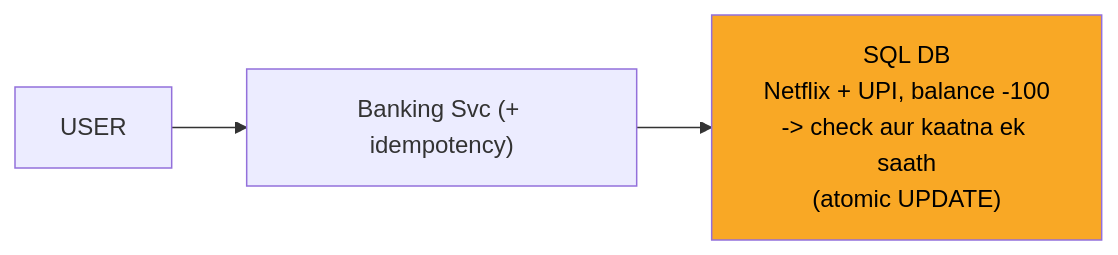
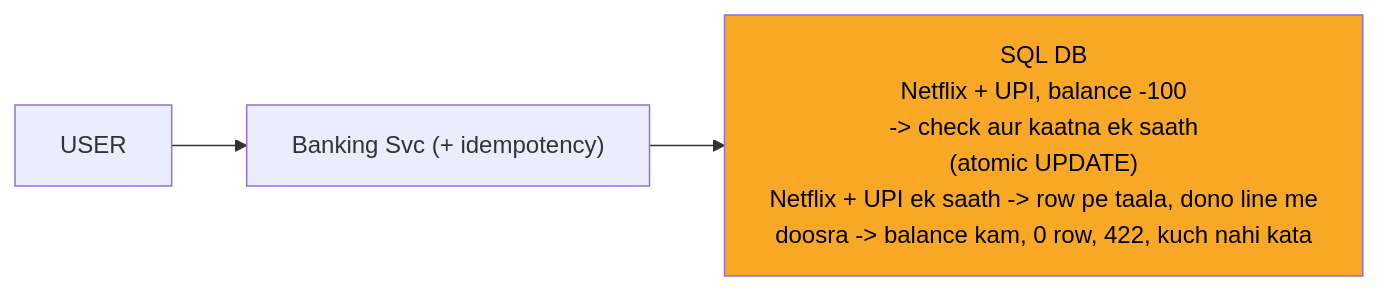
The fourth of 13 diagrams in 04_HLD/SYSTEM_DESIGNS/13_banking_system/13_banking_system.md (ArpanMaheshwari144/Prep), drawn with Mermaid before and after one commit. The commit also changed other lines of this file and 12 other files, not shown here.

Commit message:
hld 02-14: peele dabbe me SAFAR ke mod + diagram chauda (wrappingWidth 450)

````diff
--- a/04_HLD/SYSTEM_DESIGNS/13_banking_system/13_banking_system.md
+++ b/04_HLD/SYSTEM_DESIGNS/13_banking_system/13_banking_system.md
@@ -145,9 +148,10 @@
 ```mermaid
+%%{init: {"flowchart": {"wrappingWidth": 450}}}%%
 flowchart LR
     n_USER["USER"]
     n_SVC["Banking Svc (+ idempotency)"]
-    n_DB["SQL DB<br/>Netflix + UPI, balance -100<br/>-> check aur kaatna ek saath<br/>(atomic UPDATE)"]
+    n_DB["SQL DB<br/>Netflix + UPI, balance -100<br/>-> check aur kaatna ek saath<br/>(atomic UPDATE)<br/>Netflix + UPI ek saath -> row pe taala, dono line me<br/>doosra -> balance kam, 0 row, 422, kuch nahi kata"]
     n_USER --> n_SVC
     n_SVC --> n_DB
     style n_DB fill:#f9a825,color:#000
 ```
````
